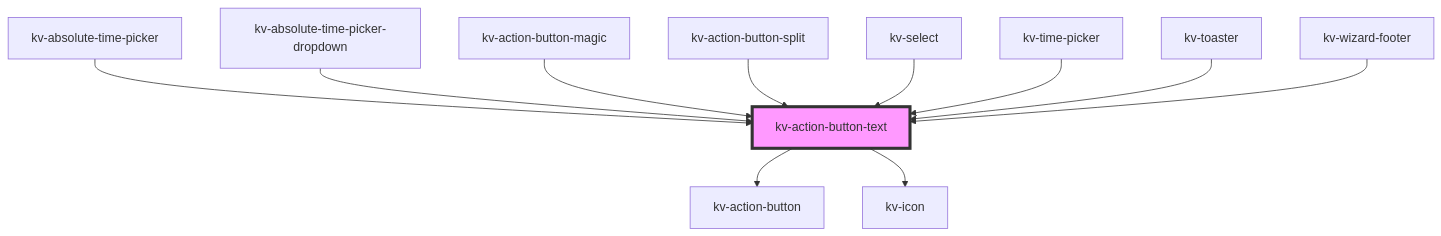
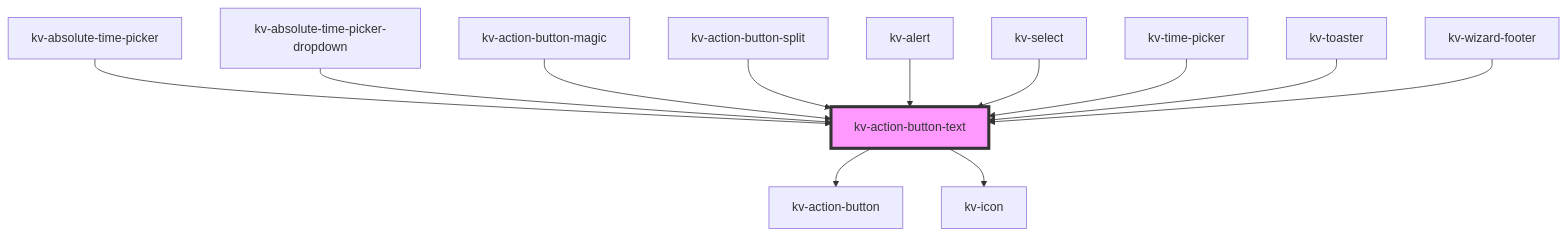
Before and after one commit to kelvininc/ui-components: the diagram in packages/ui-components/src/components/action-button-text/readme.md, drawn with Mermaid. The commit also changed other lines of this file and 39 other files, not shown here.

````diff
--- a/packages/ui-components/src/components/action-button-text/readme.md
+++ b/packages/ui-components/src/components/action-button-text/readme.md
@@ -87,14 +88,15 @@
 ```mermaid
 graph TD;
   kv-action-button-text --> kv-action-button
   kv-action-button-text --> kv-icon
   kv-absolute-time-picker --> kv-action-button-text
   kv-absolute-time-picker-dropdown --> kv-action-button-text
   kv-action-button-magic --> kv-action-button-text
   kv-action-button-split --> kv-action-button-text
+  kv-alert --> kv-action-button-text
   kv-select --> kv-action-button-text
   kv-time-picker --> kv-action-button-text
   kv-toaster --> kv-action-button-text
   kv-wizard-footer --> kv-action-button-text
   style kv-action-button-text fill:#f9f,stroke:#333,stroke-width:4px
 ```
````
